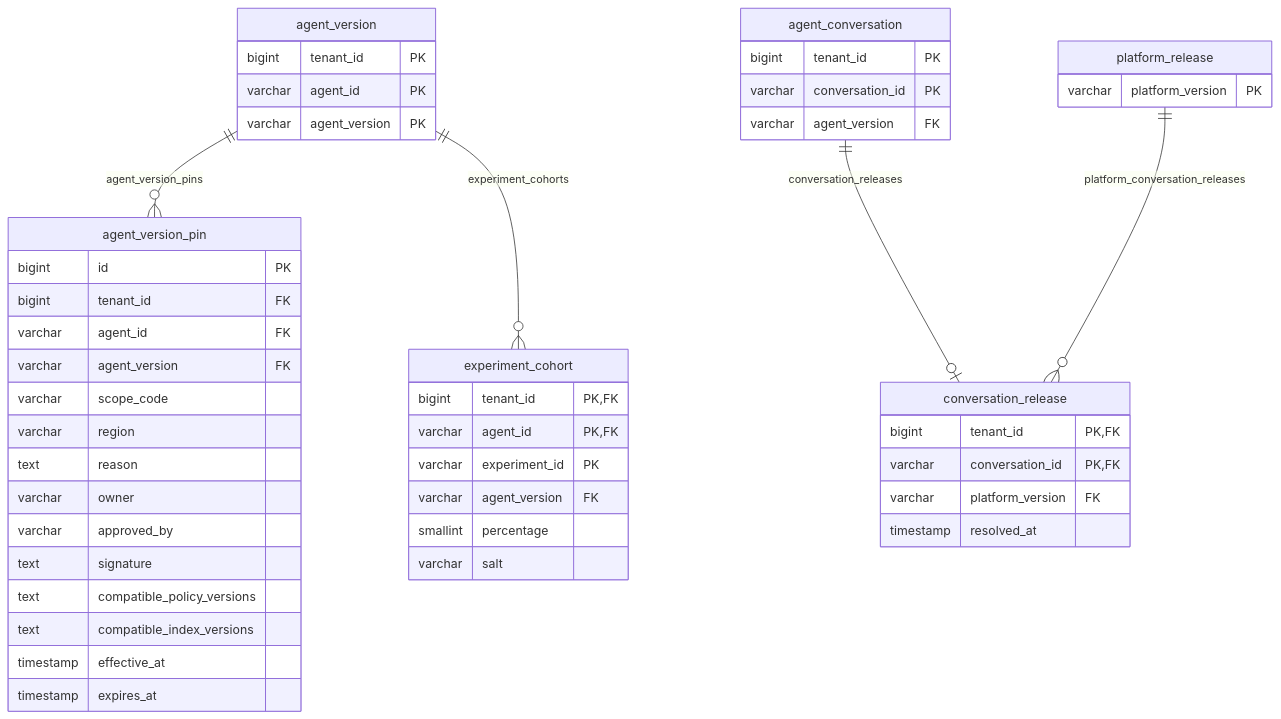
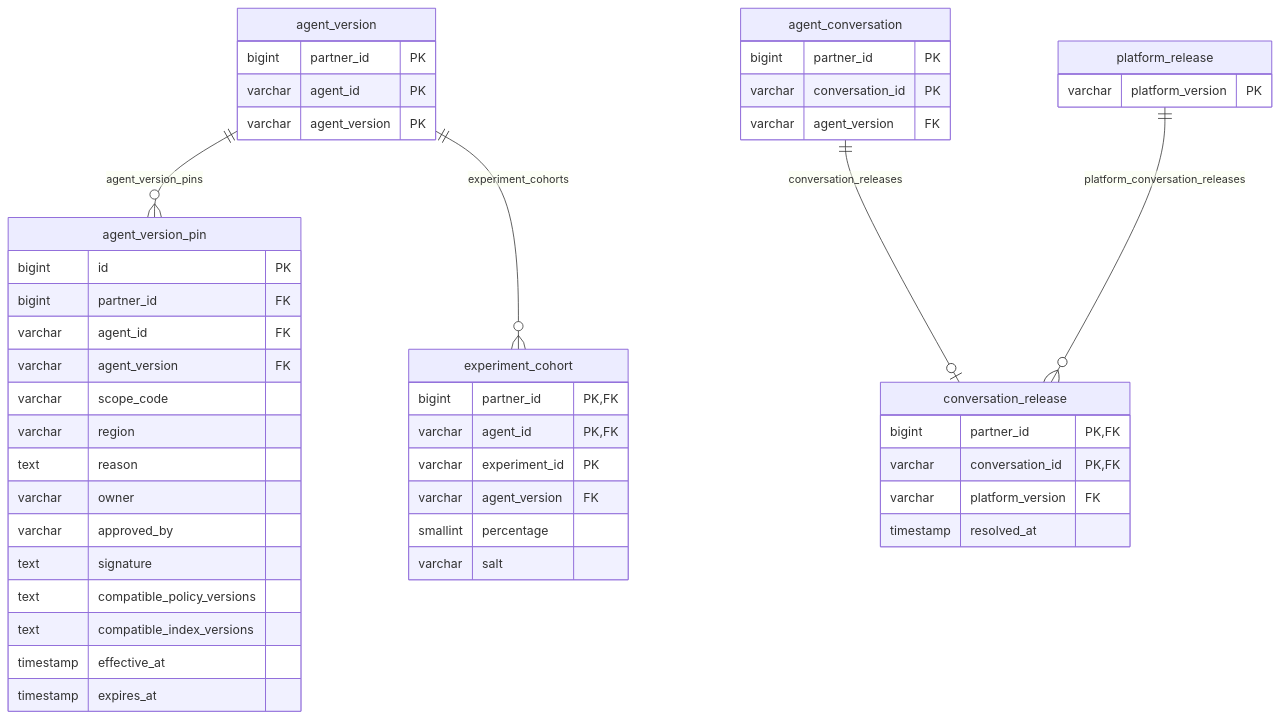
Before and after one commit to nauticana/scout: diagram 17 of 18 in doc/database.md, drawn with Mermaid. The commit also changed other lines of this file and 163 other files, not shown here.

Commit message:
Partner-scoped tenant tables, a registration catalog, tenant-aware tool listing

````diff
--- a/doc/database.md
+++ b/doc/database.md
@@ -1563,51 +1564,51 @@
 ```mermaid
 erDiagram
     agent_version ||--o{ agent_version_pin : agent_version_pins
     agent_version ||--o{ experiment_cohort : experiment_cohorts
     agent_conversation ||--o| conversation_release : conversation_releases
     platform_release ||--o{ conversation_release : platform_conversation_releases
 
     agent_version {
-        bigint tenant_id PK
+        bigint partner_id PK
         varchar agent_id PK
         varchar agent_version PK
     }
     agent_conversation {
-        bigint tenant_id PK
+        bigint partner_id PK
         varchar conversation_id PK
         varchar agent_version FK
     }
     platform_release {
         varchar platform_version PK
     }
     agent_version_pin {
         bigint id PK
-        bigint tenant_id FK
+        bigint partner_id FK
         varchar agent_id FK
         varchar agent_version FK
         varchar scope_code
         varchar region
         text reason
         varchar owner
         varchar approved_by
         text signature
         text compatible_policy_versions
         text compatible_index_versions
         timestamp effective_at
         timestamp expires_at
     }
     experiment_cohort {
-        bigint tenant_id PK,FK
+        bigint partner_id PK,FK
         varchar agent_id PK,FK
         varchar experiment_id PK
         varchar agent_version FK
         smallint percentage
         varchar salt
     }
     conversation_release {
-        bigint tenant_id PK,FK
+        bigint partner_id PK,FK
         varchar conversation_id PK,FK
         varchar platform_version FK
         timestamp resolved_at
     }
 ```
````
